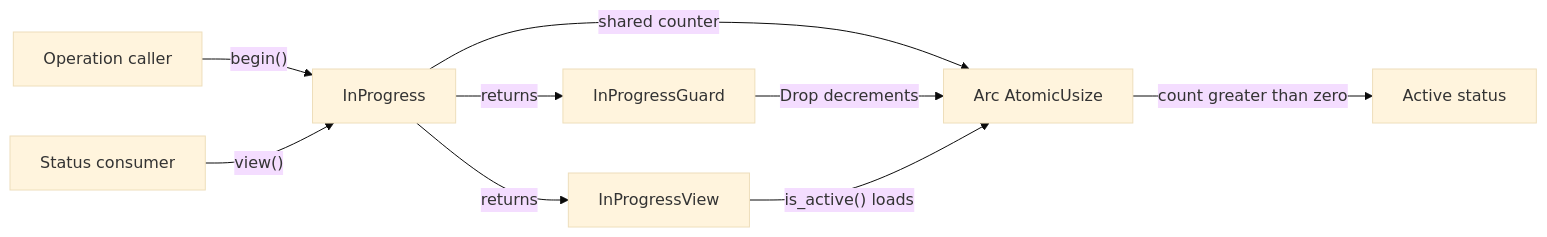
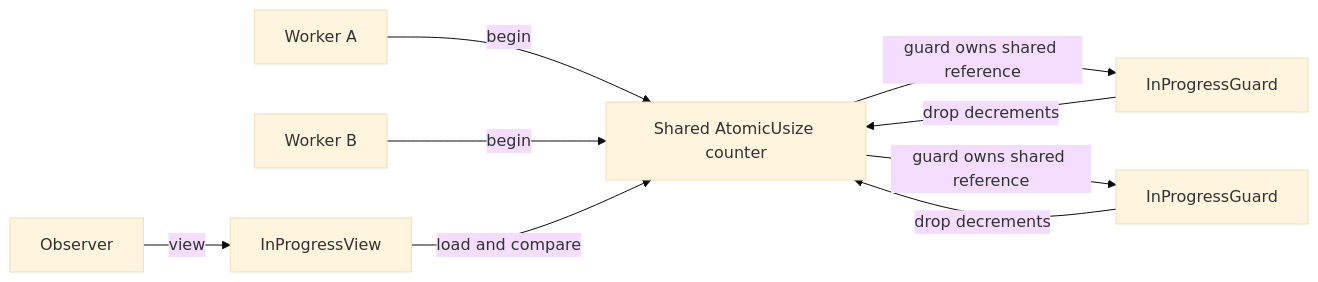
Before and after one commit to flamingo-stack/openframe-oss-tenant: the first of 3 diagrams in docs/reference/architecture/openframe-client-core/utils-in-progress/utils-in-progress.md, drawn with Mermaid (base theme). The commit also changed other lines of this file and 2377 other files, not shown here.

````diff
--- a/docs/reference/architecture/openframe-client-core/utils-in-progress/utils-in-progress.md
+++ b/docs/reference/architecture/openframe-client-core/utils-in-progress/utils-in-progress.md
@@ -22,11 +21,11 @@
 ```mermaid
 flowchart LR
-    CallerA["Operation caller"] -->|"begin()"| Tracker["InProgress"]
-    CallerB["Status consumer"] -->|"view()"| Tracker
-    Tracker -->|"shared counter"| Counter["Arc AtomicUsize"]
-    Tracker -->|"returns"| Guard["InProgressGuard"]
-    Tracker -->|"returns"| View["InProgressView"]
-    Guard -->|"Drop decrements"| Counter
-    View -->|"is_active() loads"| Counter
-    Counter -->|"count greater than zero"| Status["Active status"]
+    WorkerA["Worker A"] -->|"begin"| Counter["Shared AtomicUsize counter"]
+    WorkerB["Worker B"] -->|"begin"| Counter
+    Counter -->|"guard owns shared reference"| GuardA["InProgressGuard"]
+    Counter -->|"guard owns shared reference"| GuardB["InProgressGuard"]
+    Observer["Observer"] -->|"view"| View["InProgressView"]
+    View -->|"load and compare"| Counter
+    GuardA -->|"drop decrements"| Counter
+    GuardB -->|"drop decrements"| Counter
 ```
````
